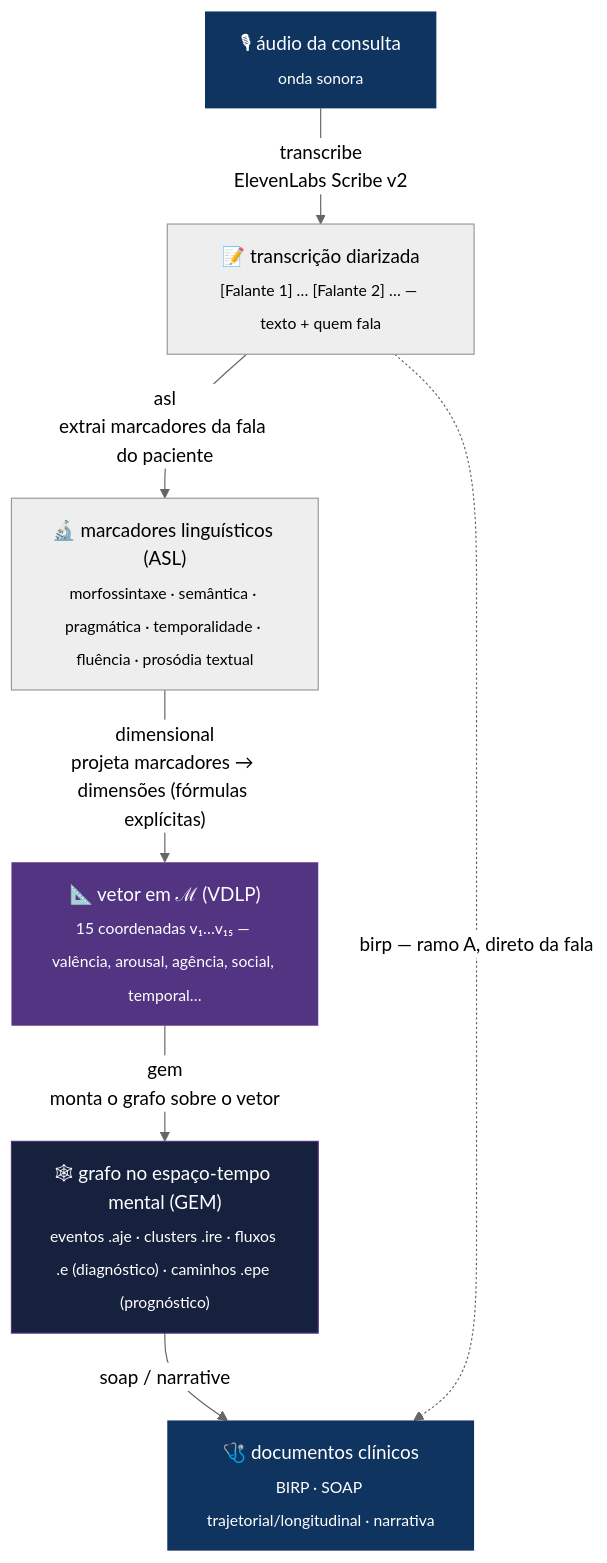
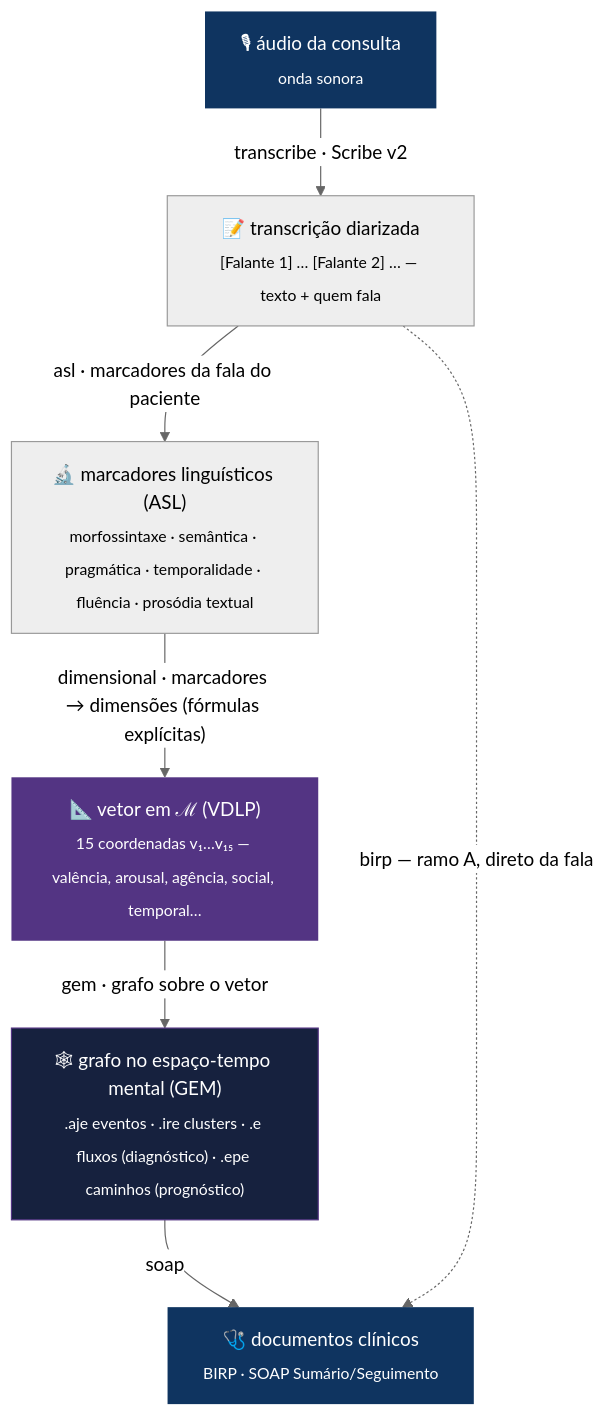
Before and after one commit to myselfgus/m: the fourth of 10 diagrams in README.md, drawn with Mermaid (neutral theme). The commit also changed other lines of this file and 17 other files, not shown here.

First line of the commit message:
feat: SOAP reformulado (Sumário/Seguimento) + prompt caching 1h/prewarm + ícone do app; README ampliado

````diff
--- a/README.md
+++ b/README.md
@@ -89,21 +128,21 @@
 ```mermaid
 flowchart TB
     AUD["🎙 áudio da consulta<br/><sub>onda sonora</sub>"]
     TXT["📝 transcrição diarizada<br/><sub>[Falante 1] … [Falante 2] … — texto + quem fala</sub>"]
     MRK["🔬 marcadores linguísticos (ASL)<br/><sub>morfossintaxe · semântica · pragmática · temporalidade · fluência · prosódia textual</sub>"]
     VEC["📐 vetor em ℳ (VDLP)<br/><sub>15 coordenadas v₁…v₁₅ — valência, arousal, agência, social, temporal…</sub>"]
-    GRF["🕸 grafo no espaço-tempo mental (GEM)<br/><sub>eventos .aje · clusters .ire · fluxos .e (diagnóstico) · caminhos .epe (prognóstico)</sub>"]
-    DOC["🩺 documentos clínicos<br/><sub>BIRP · SOAP trajetorial/longitudinal · narrativa</sub>"]
+    GRF["🕸 grafo no espaço-tempo mental (GEM)<br/><sub>.aje eventos · .ire clusters · .e fluxos (diagnóstico) · .epe caminhos (prognóstico)</sub>"]
+    DOC["🩺 documentos clínicos<br/><sub>BIRP · SOAP Sumário/Seguimento</sub>"]
 
-    AUD -->|"transcribe<br/>ElevenLabs Scribe v2"| TXT
-    TXT -->|"asl<br/>extrai marcadores da fala do paciente"| MRK
-    MRK -->|"dimensional<br/>projeta marcadores → dimensões (fórmulas explícitas)"| VEC
-    VEC -->|"gem<br/>monta o grafo sobre o vetor"| GRF
-    GRF -->|"soap / narrative"| DOC
+    AUD -->|"transcribe · Scribe v2"| TXT
+    TXT -->|"asl · marcadores da fala do paciente"| MRK
+    MRK -->|"dimensional · marcadores → dimensões (fórmulas explícitas)"| VEC
+    VEC -->|"gem · grafo sobre o vetor"| GRF
+    GRF -->|"soap"| DOC
     TXT -.->|"birp — ramo A, direto da fala"| DOC
 
     classDef hl fill:#0f3460,color:#fff,stroke:none
     class AUD,DOC hl
     style VEC fill:#533483,color:#fff,stroke:none
     style GRF fill:#16213e,color:#fff,stroke:#533483
 ```
````
